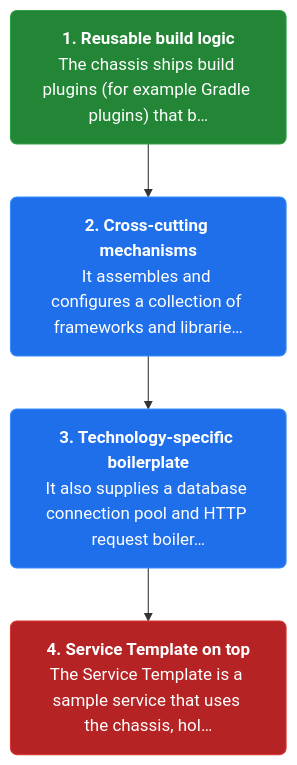
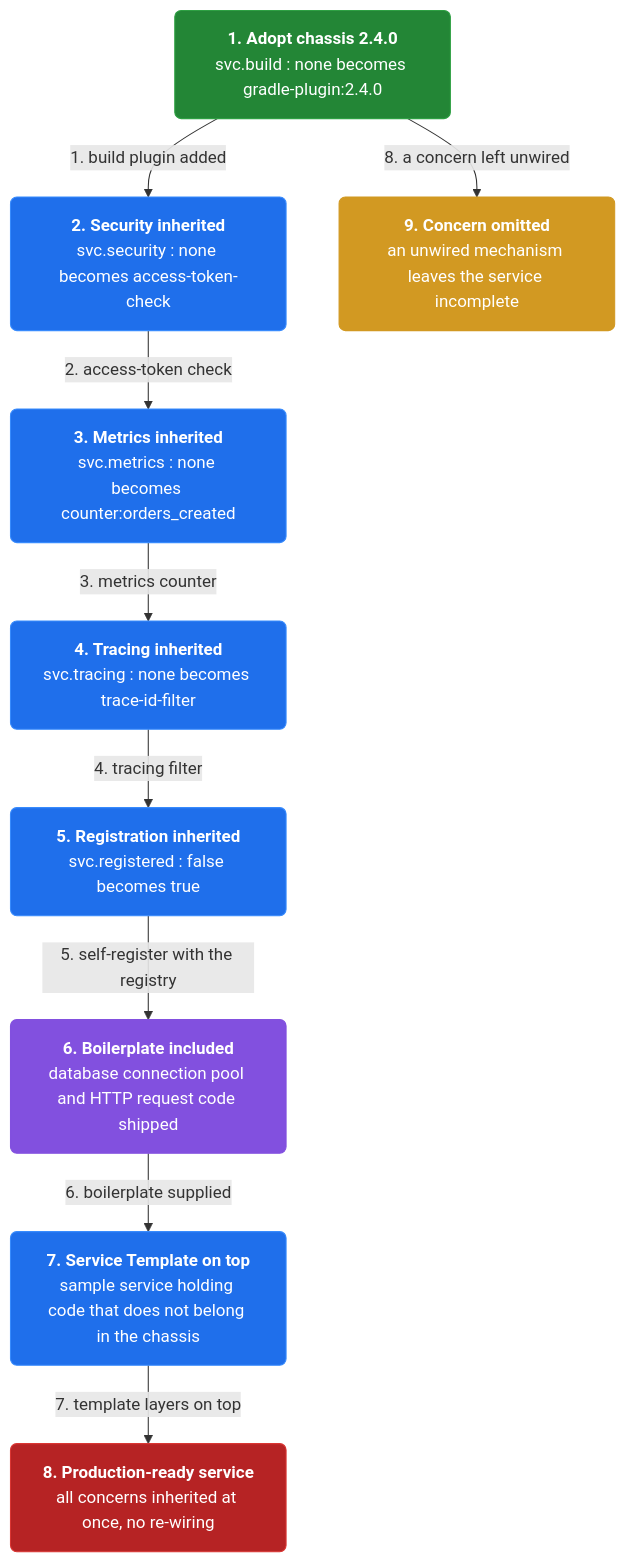
Before and after one commit to vinayakuber/microservices-io-study-guide: the second of 4 diagrams in docs/ch30-microservice-chassis.md, drawn with Mermaid. The commit also changed other lines of this file and 46 other files, not shown here.

First line of the commit message:
Author rich branching flow diagrams for all 44 chapters

````diff
--- a/docs/ch30-microservice-chassis.md
+++ b/docs/ch30-microservice-chassis.md
@@ -59,13 +67,25 @@
 ```mermaid
 flowchart TD
-  classDef step fill:#1f6feb,color:#ffffff,stroke:#388bfd,stroke-width:1px,rx:6
+  classDef step fill:#1f6feb,color:#ffffff,stroke:#388bfd,rx:6
+  classDef core fill:#8250df,color:#ffffff,stroke:#8250df,rx:6
+  classDef warn fill:#d29922,color:#ffffff,stroke:#d29922,rx:6
   classDef start fill:#238636,color:#ffffff,stroke:#2ea043,rx:6
   classDef stop fill:#b62324,color:#ffffff,stroke:#da3633,rx:6
-  s1n0["<b>1. Reusable build logic</b><br/>The chassis ships build plugins (for example Gradle plugins) that b…"]:::start
-  s1n1["<b>2. Cross-cutting mechanisms</b><br/>It assembles and configures a collection of frameworks and librarie…"]:::step
-  s1n2["<b>3. Technology-specific boilerplate</b><br/>It also supplies a database connection pool and HTTP request boiler…"]:::step
-  s1n3["<b>4. Service Template on top</b><br/>The Service Template is a sample service that uses the chassis, hol…"]:::stop
-  s1n0 --> s1n1
-  s1n1 --> s1n2
-  s1n2 --> s1n3
+  n0["<b>1. Adopt chassis 2.4.0</b><br/>svc.build : none becomes gradle-plugin:2.4.0"]:::start
+  n1["<b>2. Security inherited</b><br/>svc.security : none becomes access-token-check"]:::step
+  n2["<b>3. Metrics inherited</b><br/>svc.metrics : none becomes counter:orders_created"]:::step
+  n3["<b>4. Tracing inherited</b><br/>svc.tracing : none becomes trace-id-filter"]:::step
+  n4["<b>5. Registration inherited</b><br/>svc.registered : false becomes true"]:::step
+  n5["<b>6. Boilerplate included</b><br/>database connection pool and HTTP request code shipped"]:::core
+  n6["<b>7. Service Template on top</b><br/>sample service holding code that does not belong in the chassis"]:::step
+  n7["<b>8. Production-ready service</b><br/>all concerns inherited at once, no re-wiring"]:::stop
+  n8["<b>9. Concern omitted</b><br/>an unwired mechanism leaves the service incomplete"]:::warn
+  n0 -->|"1. build plugin added"| n1
+  n1 -->|"2. access-token check"| n2
+  n2 -->|"3. metrics counter"| n3
+  n3 -->|"4. tracing filter"| n4
+  n4 -->|"5. self-register with the registry"| n5
+  n5 -->|"6. boilerplate supplied"| n6
+  n6 -->|"7. template layers on top"| n7
+  n0 -->|"8. a concern left unwired"| n8
 ```
````
